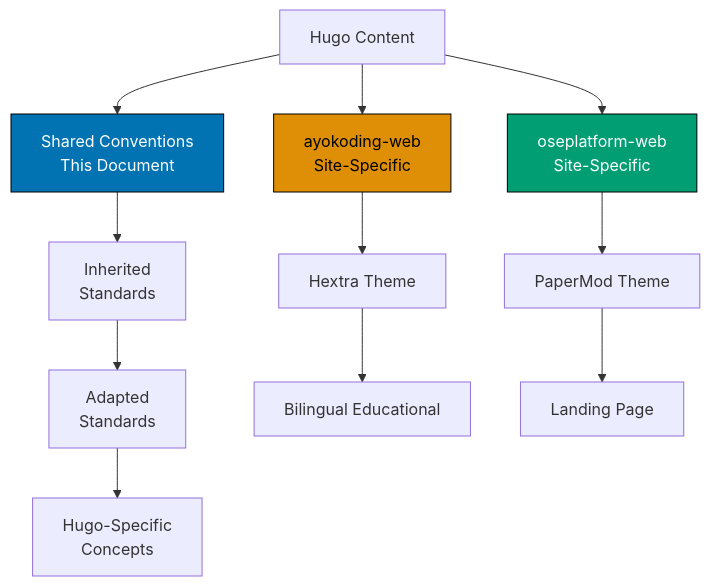
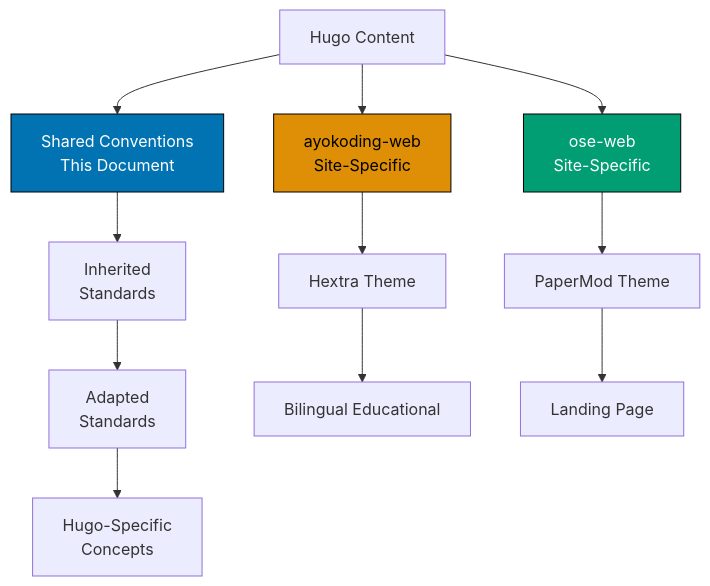
Before and after one commit to wahidyankf/open-sharia-enterprise: the diagram in repo-governance/conventions/hugo/shared.md, drawn with Mermaid. The commit also changed other lines of this file and 431 other files, not shown here.

Commit message:
refactor(ose-web): rename oseplatform-* to ose-* for shorter names

````diff
--- a/repo-governance/conventions/hugo/shared.md
+++ b/repo-governance/conventions/hugo/shared.md
@@ -70,22 +70,22 @@
 ```mermaid
 %% Color Palette: Blue #0173B2, Orange #DE8F05, Teal #029E73, Purple #CC78BC, Brown #CA9161
 %% All colors are color-blind friendly and meet WCAG AA contrast standards
 graph TD
     A[Hugo Content] --> B[Shared Conventions<br/>This Document]
     A --> C[ayokoding-web<br/>Site-Specific]
-    A --> D[oseplatform-web<br/>Site-Specific]
+    A --> D[ose-web<br/>Site-Specific]
 
     B --> B1[Inherited<br/>Standards]
     B1 --> B2[Adapted<br/>Standards]
     B2 --> B3[Hugo-Specific<br/>Concepts]
 
     C --> C1[Hextra Theme]
     C1 --> C2[Bilingual Educational]
 
     D --> D1[PaperMod Theme]
     D1 --> D2[Landing Page]
 
     style B fill:#0173B2,stroke:#000,color:#fff
     style C fill:#DE8F05,stroke:#000,color:#000
     style D fill:#029E73,stroke:#000,color:#fff
 ```
````
